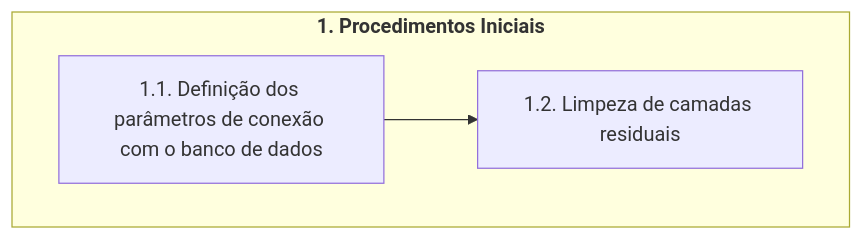
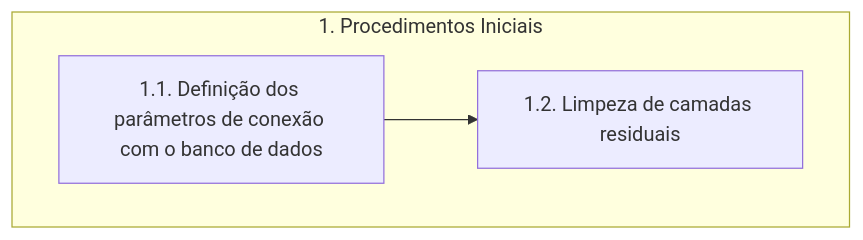
One commit to brunoguterres/ParaibaHidroGIS changed the second of 6 diagrams in pyqgis/documentacao.md. Above: the diagram before and after it, drawn with Mermaid. The commit also changed other lines of this file and 5 other files, not shown here.

````diff
--- a/pyqgis/documentacao.md
+++ b/pyqgis/documentacao.md
@@ -58,6 +58,6 @@
 ```mermaid
     flowchart TD    
-    subgraph A[<b>1. Procedimentos Iniciais</b>]
+    subgraph A[1. Procedimentos Iniciais]
         B[1.1. Definição dos parâmetros de conexão com o banco de dados] --> C[1.2. Limpeza de camadas residuais];
     end
 ```
````
